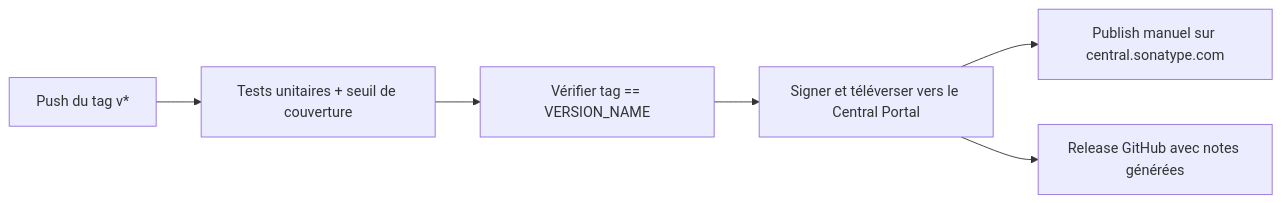
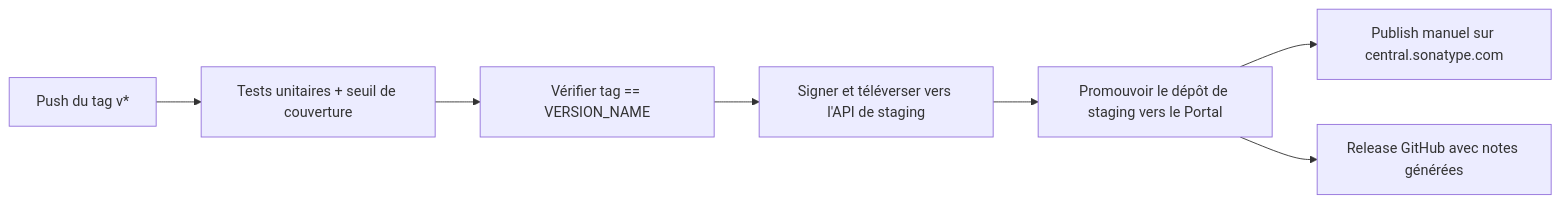
Before and after one commit to DEV1-Softworks/openpay-android: the second of 2 diagrams in docs/fr/ci.md, drawn with Mermaid. The commit also changed other lines of this file and 4 other files, not shown here.

First line of the commit message:
fix: promote the staging repository to the Central Portal during CD

````diff
--- a/docs/fr/ci.md
+++ b/docs/fr/ci.md
@@ -54,8 +54,9 @@
 ```mermaid
 flowchart LR
     A[Push du tag v*] --> B[Tests unitaires + seuil de couverture]
     B --> C[Vérifier tag == VERSION_NAME]
-    C --> D[Signer et téléverser vers le Central Portal]
-    D --> E[Publish manuel sur central.sonatype.com]
-    D --> F[Release GitHub avec notes générées]
+    C --> D[Signer et téléverser vers l'API de staging]
+    D --> E[Promouvoir le dépôt de staging vers le Portal]
+    E --> F[Publish manuel sur central.sonatype.com]
+    E --> G[Release GitHub avec notes générées]
 ```
````
